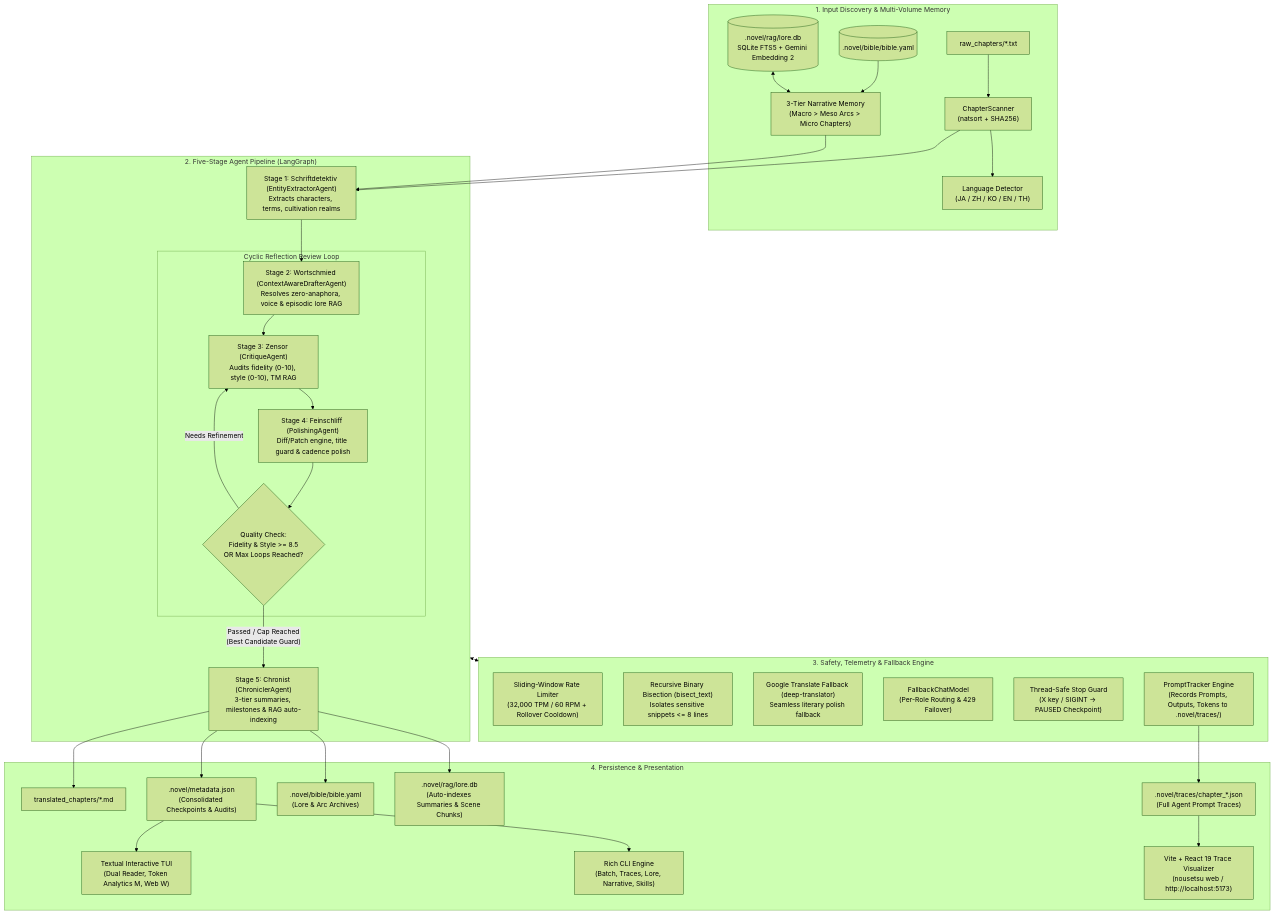
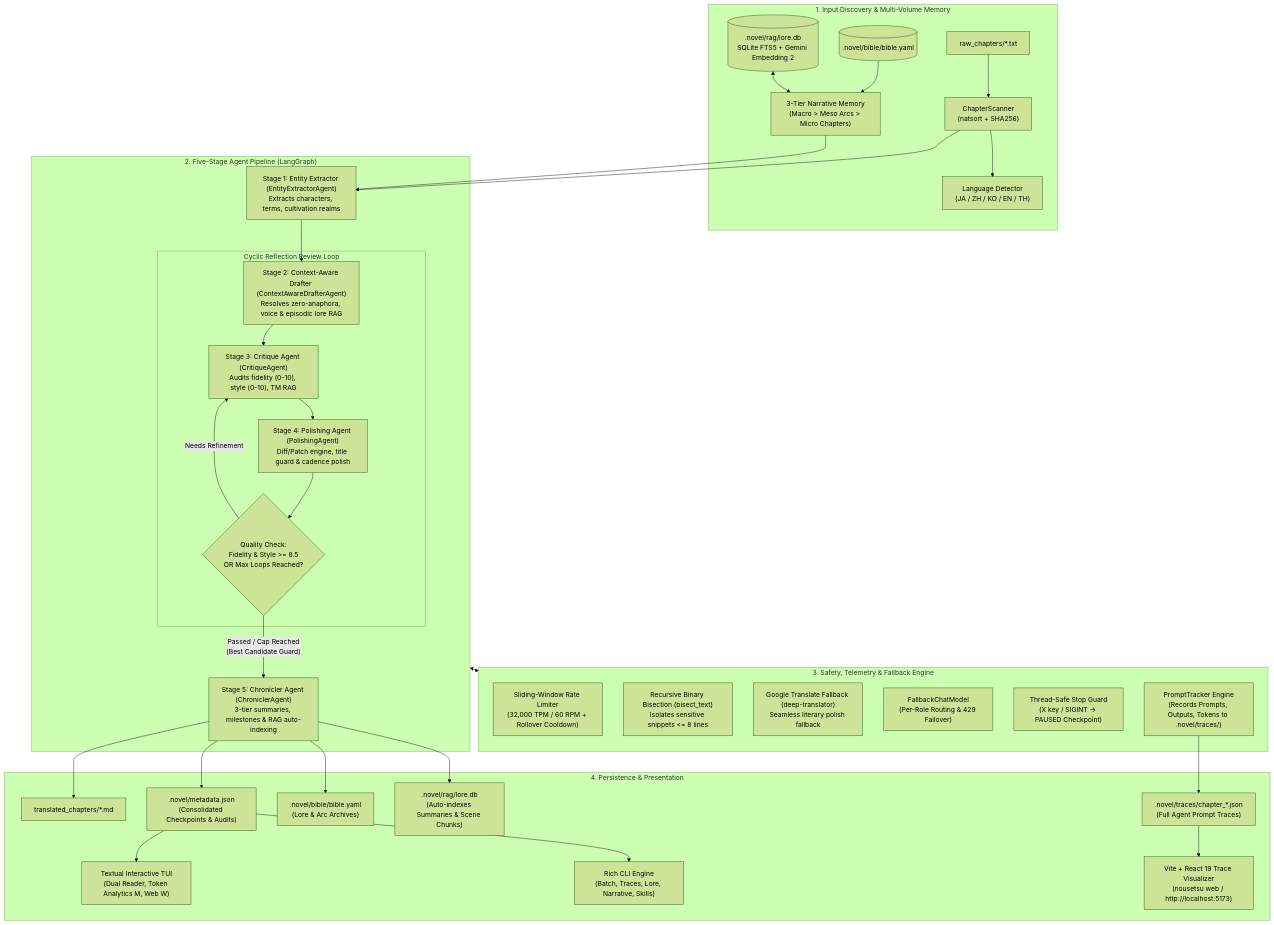
One commit to Checkmartyr/NouSetsu changed the diagram in README.md. Above: the diagram before and after it, drawn with Mermaid (forest theme). The commit also changed other lines of this file and 29 other files, not shown here.

````diff
--- a/README.md
+++ b/README.md
@@ -95,45 +95,45 @@
 ```mermaid
 flowchart TD
     subgraph Input_Layer ["1. Input Discovery & Multi-Volume Memory"]
         Raw["raw_chapters/*.txt"] --> Scanner["ChapterScanner\n(natsort + SHA256)"]
         Scanner --> Lang["Language Detector\n(JA / ZH / KO / EN / TH)"]
         Bible[(".novel/bible/bible.yaml")] --> Memory["3-Tier Narrative Memory\n(Macro > Meso Arcs > Micro Chapters)"]
         RAGStore[(".novel/rag/lore.db\nSQLite FTS5 + Gemini Embedding 2")] <--> Memory
     end
 
     subgraph Agent_Pipeline ["2. Five-Stage Agent Pipeline (LangGraph)"]
-        Scanner & Memory --> Extractor["Stage 1: Schriftdetektiv (EntityExtractorAgent)\nExtracts characters, terms, cultivation realms"]
-        Extractor --> Drafter["Stage 2: Wortschmied (ContextAwareDrafterAgent)\nResolves zero-anaphora, voice & episodic lore RAG"]
+        Scanner & Memory --> Extractor["Stage 1: Entity Extractor (EntityExtractorAgent)\nExtracts characters, terms, cultivation realms"]
+        Extractor --> Drafter["Stage 2: Context-Aware Drafter (ContextAwareDrafterAgent)\nResolves zero-anaphora, voice & episodic lore RAG"]
         
         subgraph Review_Loop ["Cyclic Reflection Review Loop"]
-            Drafter --> Critic["Stage 3: Zensor (CritiqueAgent)\nAudits fidelity (0-10), style (0-10), TM RAG"]
-            Critic --> Polisher["Stage 4: Feinschliff (PolishingAgent)\nDiff/Patch engine, title guard & cadence polish"]
+            Drafter --> Critic["Stage 3: Critique Agent (CritiqueAgent)\nAudits fidelity (0-10), style (0-10), TM RAG"]
+            Critic --> Polisher["Stage 4: Polishing Agent (PolishingAgent)\nDiff/Patch engine, title guard & cadence polish"]
             Polisher --> QualityCheck{"Quality Check:\nFidelity & Style >= 8.5\nOR Max Loops Reached?"}
             QualityCheck -- "Needs Refinement" --> Critic
         end
         
-        QualityCheck -- "Passed / Cap Reached\n(Best Candidate Guard)" --> Chronicler["Stage 5: Chronist (ChroniclerAgent)\n3-tier summaries, milestones & RAG auto-indexing"]
+        QualityCheck -- "Passed / Cap Reached\n(Best Candidate Guard)" --> Chronicler["Stage 5: Chronicler Agent (ChroniclerAgent)\n3-tier summaries, milestones & RAG auto-indexing"]
     end
 
     subgraph Safety_Resilience ["3. Safety, Telemetry & Fallback Engine"]
         Limiter["Sliding-Window Rate Limiter\n(32,000 TPM / 60 RPM + Rollover Cooldown)"]
         BisectionEngine["Recursive Binary Bisection (bisect_text)\nIsolates sensitive snippets <= 8 lines"]
         GTFallback["Google Translate Fallback (deep-translator)\nSeamless literary polish fallback"]
         FallbackRouter["FallbackChatModel\n(Per-Role Routing & 429 Failover)"]
         StopSignal["Thread-Safe Stop Guard\n(X key / SIGINT -> PAUSED Checkpoint)"]
         Tracker["PromptTracker Engine\n(Records Prompts, Outputs, Tokens to .novel/traces/)"]
     end
 
     subgraph Persistence_Output ["4. Persistence & Presentation"]
         Chronicler --> OutMarkdown["translated_chapters/*.md"]
         Chronicler --> MetaJSON[".novel/metadata.json\n(Consolidated Checkpoints & Audits)"]
         Chronicler --> BibleUpdate[".novel/bible/bible.yaml\n(Lore & Arc Archives)"]
         Chronicler --> RAGUpdate[".novel/rag/lore.db\n(Auto-indexes Summaries & Scene Chunks)"]
         Tracker --> TraceJSON[".novel/traces/chapter_*.json\n(Full Agent Prompt Traces)"]
         MetaJSON --> TUI["Textual Interactive TUI\n(Dual Reader, Token Analytics M, Web W)"]
         MetaJSON --> CLI["Rich CLI Engine\n(Batch, Traces, Lore, Narrative, Skills)"]
         TraceJSON --> WebUI["Vite + React 19 Trace Visualizer\n(nousetsu web / http://localhost:5173)"]
     end
 
     Agent_Pipeline <--> Safety_Resilience
 ```
````
